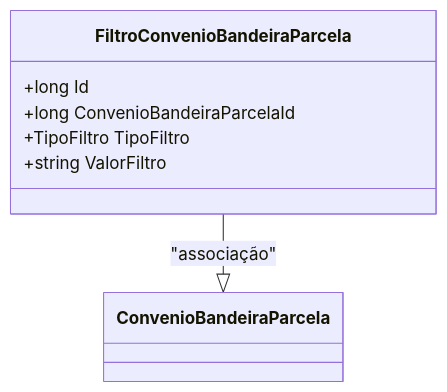
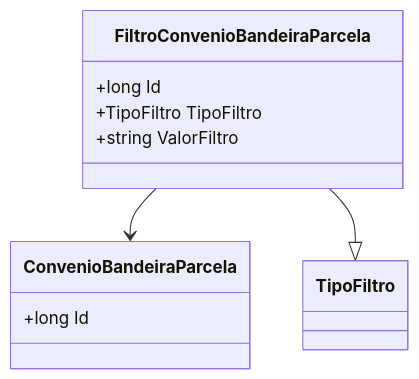
One commit to IsthmusSistemas/documentacao-tecnica changed the diagram in docs/b2b-dominio/IsthmusWinthor.Nucleo/IsthmusWinthor.Dominio/Entidades/FiltroConvenioBandeiraParcela.md. Above: the diagram before and after it, drawn with Mermaid. The commit also changed other lines of this file and 882 other files, not shown here.

````diff
--- a/docs/b2b-dominio/IsthmusWinthor.Nucleo/IsthmusWinthor.Dominio/Entidades/FiltroConvenioBandeiraParcela.md
+++ b/docs/b2b-dominio/IsthmusWinthor.Nucleo/IsthmusWinthor.Dominio/Entidades/FiltroConvenioBandeiraParcela.md
@@ -23,14 +21,18 @@
 ```mermaid
 classDiagram
     class FiltroConvenioBandeiraParcela {
         +long Id
-        +long ConvenioBandeiraParcelaId
         +TipoFiltro TipoFiltro
         +string ValorFiltro
     }
     
     class ConvenioBandeiraParcela {
+        +long Id
     }
     
-    FiltroConvenioBandeiraParcela --|> ConvenioBandeiraParcela : "associação"
+    class TipoFiltro {
+    }
+
+    FiltroConvenioBandeiraParcela --> ConvenioBandeiraParcela
+    FiltroConvenioBandeiraParcela --|> TipoFiltro
 ```
````
